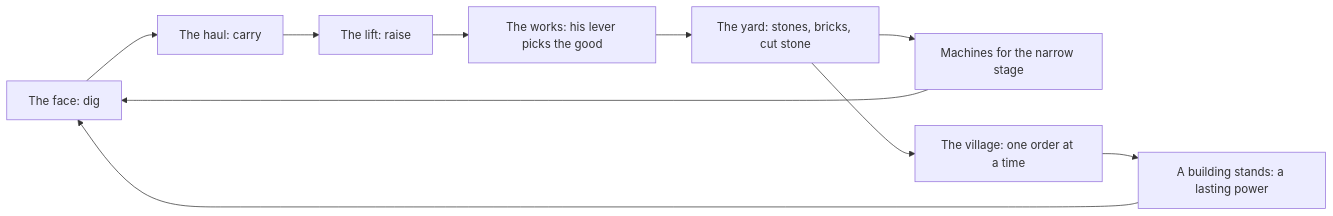
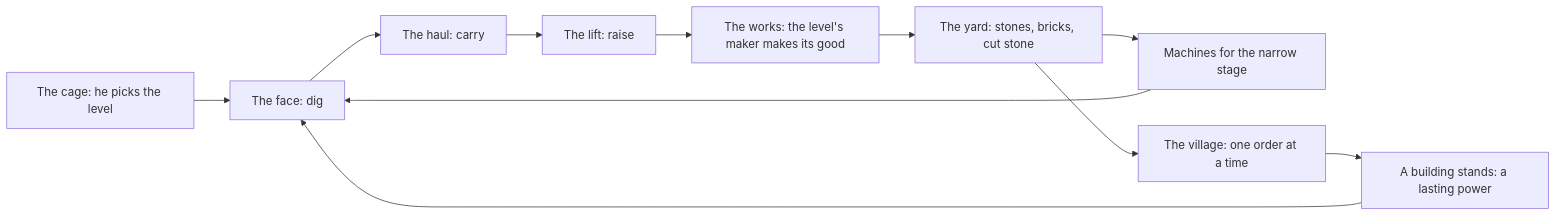
One commit to FBakkensen/Dad-Friendly-Game changed the diagram in docs/superpowers/specs/2026-11-14-line-works-village-design.md. Above: the diagram before and after it, drawn with Mermaid. The commit also changed other lines of this file, not shown here.

First line of the commit message:
M15-10: The spec gets the cage, and each good comes from one level's rock (#544) (#550)

````diff
--- a/docs/superpowers/specs/2026-11-14-line-works-village-design.md
+++ b/docs/superpowers/specs/2026-11-14-line-works-village-design.md
@@ -37,12 +38,13 @@
 ```mermaid
 flowchart LR
   F[The face: dig] --> H[The haul: carry]
   H --> L[The lift: raise]
-  L --> W[The works: his lever picks the good]
+  C[The cage: he picks the level] --> F
+  L --> W[The works: the level's maker makes its good]
   W --> Y[The yard: stones, bricks, cut stone]
   Y --> M[Machines for the narrow stage]
   M --> F
   Y --> V[The village: one order at a time]
   V --> P[A building stands: a lasting power]
   P --> F
 ```
````
